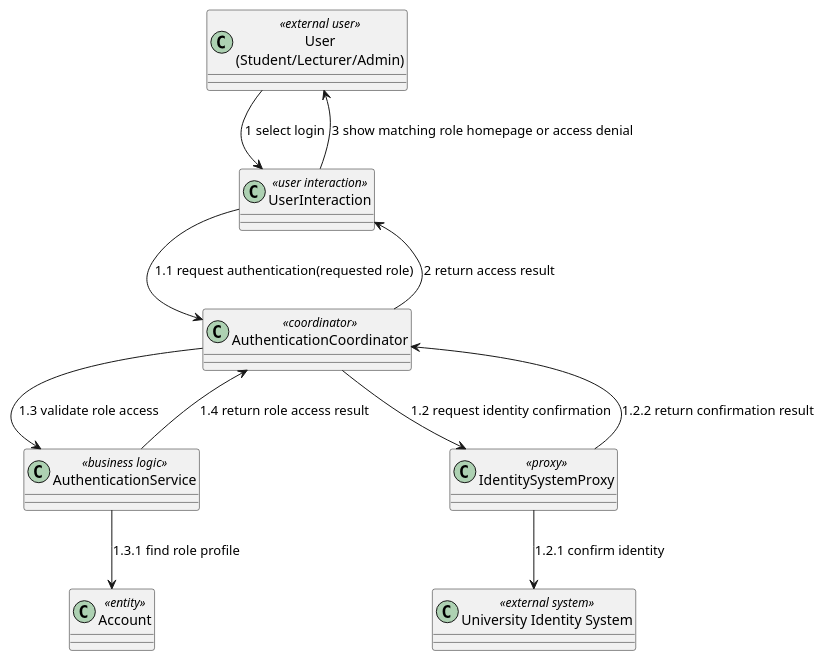
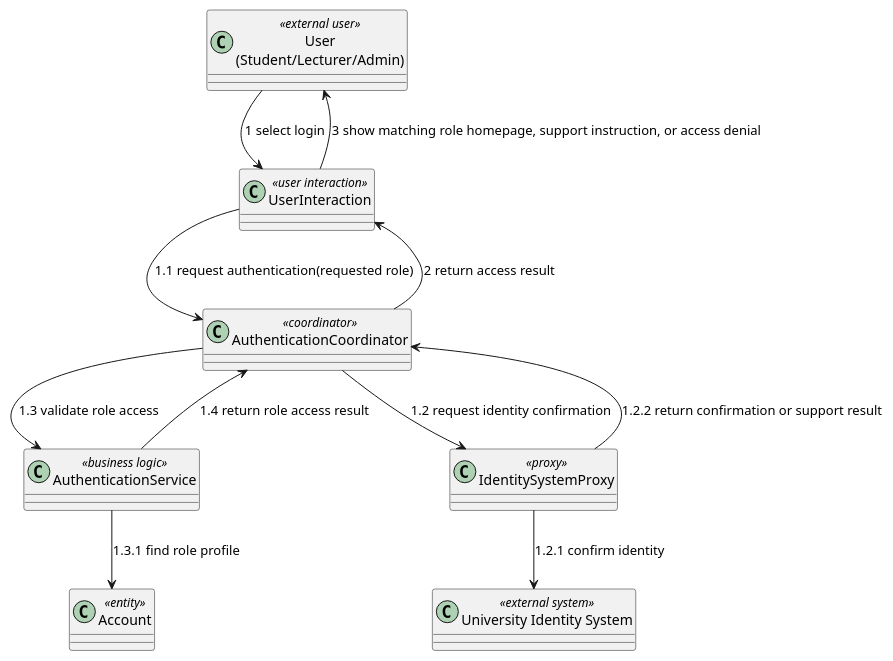
The eighth of 29 diagrams in docs/sds/2_Analysis.md (nttung42/SWD392), drawn with PlantUML before and after one commit. The commit also changed other lines of this file and 1 other file, not shown here.

````diff
--- a/docs/sds/2_Analysis.md
+++ b/docs/sds/2_Analysis.md
@@ -388,22 +391,22 @@
 ```plantuml
 @startuml
 class "User\n(Student/Lecturer/Admin)" as User <<external user>>
 class "UserInteraction" as AccessUI <<user interaction>>
 class "AuthenticationCoordinator" as AuthControl <<coordinator>>
 class "AuthenticationService" as AuthRules <<business logic>>
 class "IdentitySystemProxy" as UISInterface <<proxy>>
 class "University Identity System" as UIS <<external system>>
 class "Account" as Account <<entity>>
 
 User --> AccessUI : 1 select login
 AccessUI --> AuthControl : 1.1 request authentication(requested role)
 AuthControl --> UISInterface : 1.2 request identity confirmation
 UISInterface --> UIS : 1.2.1 confirm identity
-UISInterface --> AuthControl : 1.2.2 return confirmation result
+UISInterface --> AuthControl : 1.2.2 return confirmation or support result
 AuthControl --> AuthRules : 1.3 validate role access
 AuthRules --> Account : 1.3.1 find role profile
 AuthRules --> AuthControl : 1.4 return role access result
 AuthControl --> AccessUI : 2 return access result
-AccessUI --> User : 3 show matching role homepage or access denial
+AccessUI --> User : 3 show matching role homepage, support instruction, or access denial
 @enduml
 ```
````
